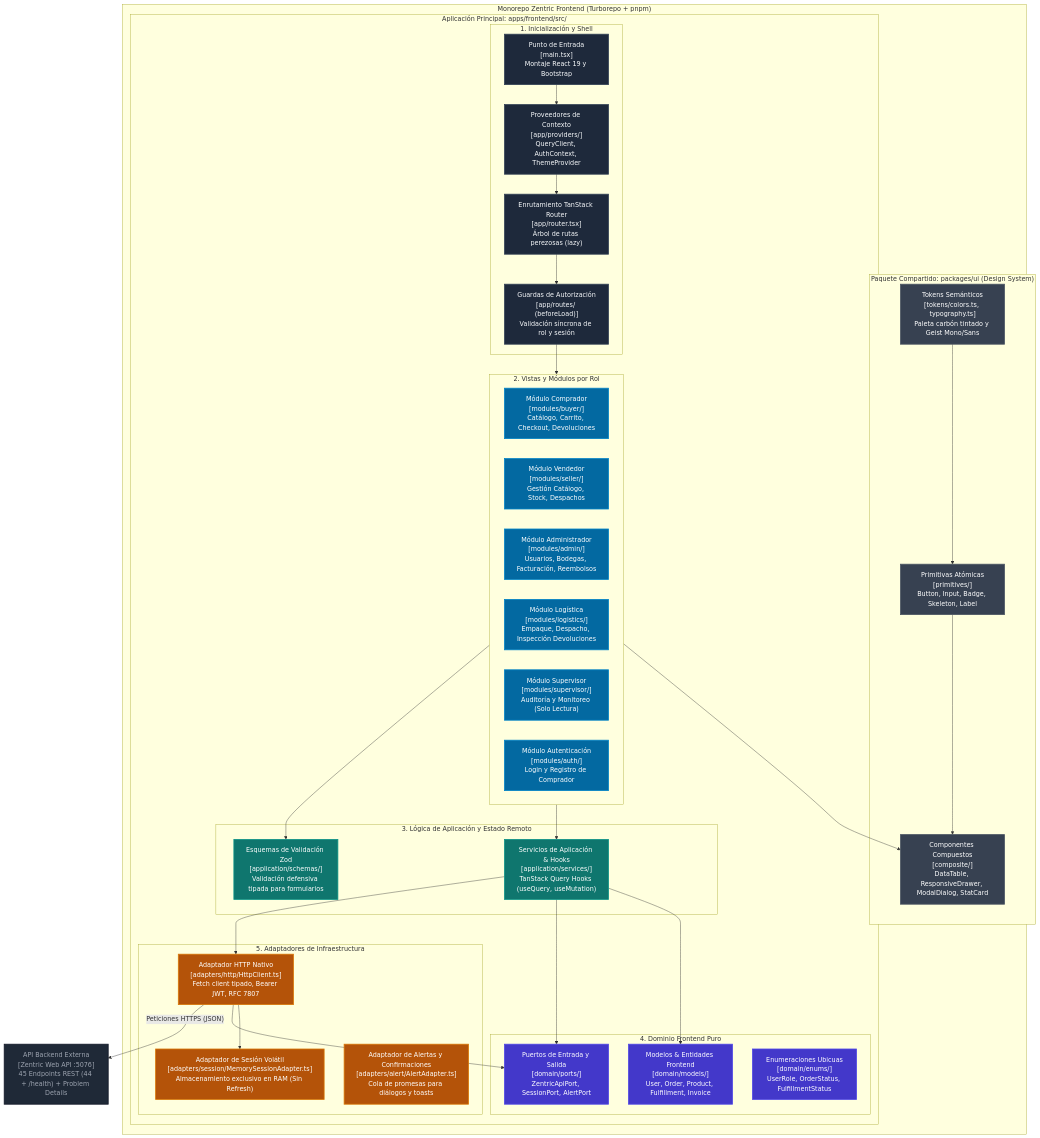
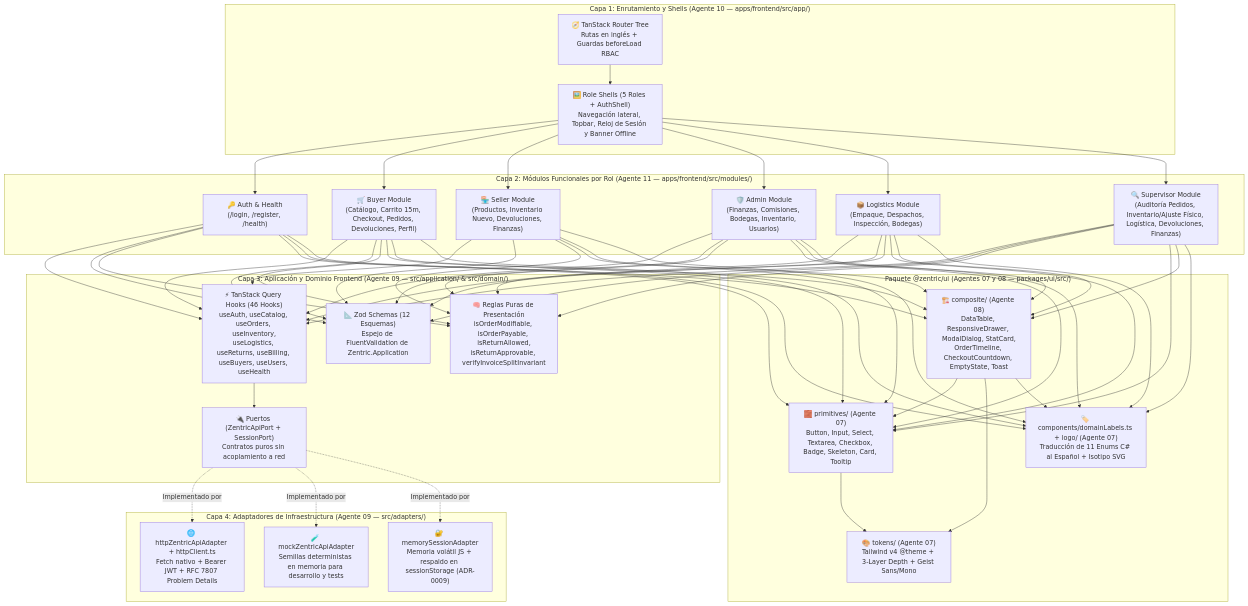
The diagram in frontendSDD/C4-3-Componentes.md (D-MachadoDev/Zentric), drawn with Mermaid before and after one commit. The commit also changed other lines of this file and 11 other files, not shown here.

Commit message:
docs(frontend-sdd): align 12 frontend specs with backend contracts and hyperframes design system

````diff
--- a/frontendSDD/C4-3-Componentes.md
+++ b/frontendSDD/C4-3-Componentes.md
@@ -19,86 +9,45 @@
 ```mermaid
 flowchart TB
-  subgraph monorepo["Monorepo Zentric Frontend (Turborepo + pnpm)"]
-
-    subgraph pkgUI["Paquete Compartido: packages/ui (Design System)"]
-      tokens["Tokens Semánticos<br/>[tokens/colors.ts, typography.ts]<br/>Paleta carbón tintado y Geist Mono/Sans"]
-      primitives["Primitivas Atómicas<br/>[primitives/]<br/>Button, Input, Badge, Skeleton, Label"]
-      composite["Componentes Compuestos<br/>[composite/]<br/>DataTable, ResponsiveDrawer, ModalDialog, StatCard"]
-      tokens --> primitives
-      primitives --> composite
+    subgraph AppLayer["Capa 1: Enrutamiento y Shells (Agente 10 — apps/frontend/src/app/)"]
+        Router["🧭 TanStack Router Tree\nRutas en inglés + Guardas beforeLoad RBAC"]
+        Shells["🖼️ Role Shells (5 Roles + AuthShell)\nNavegación lateral, Topbar, Reloj de Sesión y Banner Offline"]
     end
 
-    subgraph appFrontend["Aplicación Principal: apps/frontend/src/"]
+    subgraph ModulesLayer["Capa 2: Módulos Funcionales por Rol (Agente 11 — apps/frontend/src/modules/)"]
+        AuthMod["🔑 Auth & Health\n(/login, /register, /health)"]
+        BuyerMod["🛒 Buyer Module\n(Catálogo, Carrito 15m, Checkout, Pedidos, Devoluciones, Perfil)"]
+        SellerMod["🏪 Seller Module\n(Productos, Inventario Nuevo, Devoluciones, Finanzas)"]
+        AdminMod["🛡️ Admin Module\n(Finanzas, Comisiones, Bodegas, Inventario, Usuarios)"]
+        LogisticsMod["📦 Logistics Module\n(Empaque, Despachos, Inspección, Bodegas)"]
+        SupervisorMod["🔍 Supervisor Module\n(Auditoría Pedidos, Inventario/Ajuste Físico, Logística, Devoluciones, Finanzas)"]
+    end
 
-      subgraph entryLayer["1. Inicialización y Shell"]
-        entry["Punto de Entrada<br/>[main.tsx]<br/>Montaje React 19 y Bootstrap"]
-        router["Enrutamiento TanStack Router<br/>[app/router.tsx]<br/>Árbol de rutas perezosas (lazy)"]
-        guards["Guardas de Autorización<br/>[app/routes/ (beforeLoad)]<br/>Validación síncrona de rol y sesión"]
-        providers["Proveedores de Contexto<br/>[app/providers/]<br/>QueryClient, AuthContext, ThemeProvider"]
-        entry --> providers
-        providers --> router
-        router --> guards
-      end
+    subgraph ApplicationLayer["Capa 3: Aplicación y Dominio Frontend (Agente 09 — src/application/ & src/domain/)"]
+        Hooks["⚡ TanStack Query Hooks (46 Hooks)\nuseAuth, useCatalog, useOrders, useInventory,\nuseLogistics, useReturns, useBilling, useBuyers, useUsers, useHealth"]
+        ZodSchemas["📐 Zod Schemas (12 Esquemas)\nEspejo de FluentValidation de Zentric.Application"]
+        DomainRules["🧠 Reglas Puras de Presentación\nisOrderModifiable, isOrderPayable, isReturnAllowed,\nisReturnApprovable, verifyInvoiceSplitInvariant"]
+        Ports["🔌 Puertos (ZentricApiPort + SessionPort)\nContratos puros sin acoplamiento a red"]
+    end
 
-      subgraph modulesLayer["2. Vistas y Módulos por Rol"]
-        modBuyer["Módulo Comprador<br/>[modules/buyer/]<br/>Catálogo, Carrito, Checkout, Devoluciones"]
-        modSeller["Módulo Vendedor<br/>[modules/seller/]<br/>Gestión Catálogo, Stock, Despachos"]
-        modAdmin["Módulo Administrador<br/>[modules/admin/]<br/>Usuarios, Bodegas, Facturación, Reembolsos"]
-        modLogistics["Módulo Logística<br/>[modules/logistics/]<br/>Empaque, Despacho, Inspección Devoluciones"]
-        modSupervisor["Módulo Supervisor<br/>[modules/supervisor/]<br/>Auditoría y Monitoreo (Solo Lectura)"]
-        modAuth["Módulo Autenticación<br/>[modules/auth/]<br/>Login y Registro de Comprador"]
-      end
+    subgraph AdaptersLayer["Capa 4: Adaptadores de Infraestructura (Agente 09 — src/adapters/)"]
+        HttpAdapter["🌐 httpZentricApiAdapter + httpClient.ts\nFetch nativo + Bearer JWT + RFC 7807 Problem Details"]
+        MockAdapter["🧪 mockZentricApiAdapter\nSemillas deterministas en memoria para desarrollo y tests"]
+        SessionAdapter["🔐 memorySessionAdapter\nMemoria volátil JS + respaldo en sessionStorage (ADR-0009)"]
+    end
 
-      subgraph applicationLayer["3. Lógica de Aplicación y Estado Remoto"]
-        appServices["Servicios de Aplicación & Hooks<br/>[application/services/]<br/>TanStack Query Hooks (useQuery, useMutation)"]
-        zodSchemas["Esquemas de Validación Zod<br/>[application/schemas/]<br/>Validación defensiva tipada para formularios"]
-      end
+    subgraph DesignSystem["Paquete @zentric/ui (Agentes 07 y 08 — packages/ui/src/)"]
+        Tokens["🎨 tokens/ (Agente 07)\nTailwind v4 @theme + 3-Layer Depth + Geist Sans/Mono"]
+        Primitives["🧱 primitives/ (Agente 07)\nButton, Input, Select, Textarea, Checkbox, Badge, Skeleton, Card, Tooltip"]
+        Composites["🏗️ composite/ (Agente 08)\nDataTable, ResponsiveDrawer, ModalDialog, StatCard,\nOrderTimeline, CheckoutCountdown, EmptyState, Toast"]
+        LabelsAndLogo["🏷️ components/domainLabels.ts + logo/ (Agente 07)\nTraducción de 11 Enums C# al Español + Isotipo SVG"]
+    end
 
-      subgraph domainLayer["4. Dominio Frontend Puro"]
-        domainModels["Modelos & Entidades Frontend<br/>[domain/models/]<br/>User, Order, Product, Fulfillment, Invoice"]
-        domainPorts["Puertos de Entrada y Salida<br/>[domain/ports/]<br/>ZentricApiPort, SessionPort, AlertPort"]
-        domainEnums["Enumeraciones Ubicuas<br/>[domain/enums/]<br/>UserRole, OrderStatus, FulfillmentStatus"]
-      end
-
-      subgraph adaptersLayer["5. Adaptadores de Infraestructura"]
-        httpAdapter["Adaptador HTTP Nativo<br/>[adapters/http/HttpClient.ts]<br/>Fetch client tipado, Bearer JWT, RFC 7807"]
-        sessionAdapter["Adaptador de Sesión Volátil<br/>[adapters/session/MemorySessionAdapter.ts]<br/>Almacenamiento exclusivo en RAM (Sin Refresh)"]
-        notificationAdapter["Adaptador de Alertas y Confirmaciones<br/>[adapters/alert/AlertAdapter.ts]<br/>Cola de promesas para diálogos y toasts"]
-      end
-
-    end
-  end
-
-  apiBackend["API Backend Externa<br/>[Zentric Web API :5076]<br/>45 Endpoints REST (44 + /health) + Problem Details"]
-
-  %% Conexiones entre capas
-  guards --> modulesLayer
-  modulesLayer --> composite
-  modulesLayer --> appServices
-  modulesLayer --> zodSchemas
-
-  appServices --> domainModels
-  appServices --> domainPorts
-  appServices --> httpAdapter
-
-  httpAdapter --> sessionAdapter
-  httpAdapter --> domainPorts
-  httpAdapter -->|"Peticiones HTTPS (JSON)"| apiBackend
-
-  %% Clases de estilo C4
-  classDef entryStyle fill:#1e293b,stroke:#334155,stroke-width:2px,color:#f8fafc;
-  classDef moduleStyle fill:#0369a1,stroke:#0284c7,stroke-width:2px,color:#ffffff;
-  classDef appStyle fill:#0f766e,stroke:#0d9488,stroke-width:2px,color:#ffffff;
-  classDef domainStyle fill:#4338ca,stroke:#4f46e5,stroke-width:2px,color:#ffffff;
-  classDef adapterStyle fill:#b45309,stroke:#d97706,stroke-width:2px,color:#ffffff;
-  classDef uiStyle fill:#374151,stroke:#4b5563,stroke-width:2px,color:#ffffff;
-  classDef externalStyle fill:#1f2937,stroke:#111827,stroke-width:2px,color:#9ca3af;
-
-  class entry,router,guards,providers entryStyle;
-  class modBuyer,modSeller,modAdmin,modLogistics,modSupervisor,modAuth moduleStyle;
-  class appServices,zodSchemas appStyle;
-  class domainModels,domainPorts,domainEnums domainStyle;
-  class httpAdapter,sessionAdapter,notificationAdapter adapterStyle;
-  class tokens,primitives,composite uiStyle;
-  class apiBackend externalStyle;
+    Router --> Shells
+    Shells --> AuthMod & BuyerMod & SellerMod & AdminMod & LogisticsMod & SupervisorMod
+    AuthMod & BuyerMod & SellerMod & AdminMod & LogisticsMod & SupervisorMod --> Hooks & ZodSchemas & DomainRules
+    AuthMod & BuyerMod & SellerMod & AdminMod & LogisticsMod & SupervisorMod --> Primitives & Composites & LabelsAndLogo
+    Composites --> Primitives & Tokens & LabelsAndLogo
+    Primitives --> Tokens
+    Hooks --> Ports
+    Ports -.->|"Implementado por"| HttpAdapter & MockAdapter & SessionAdapter
 ```
````
